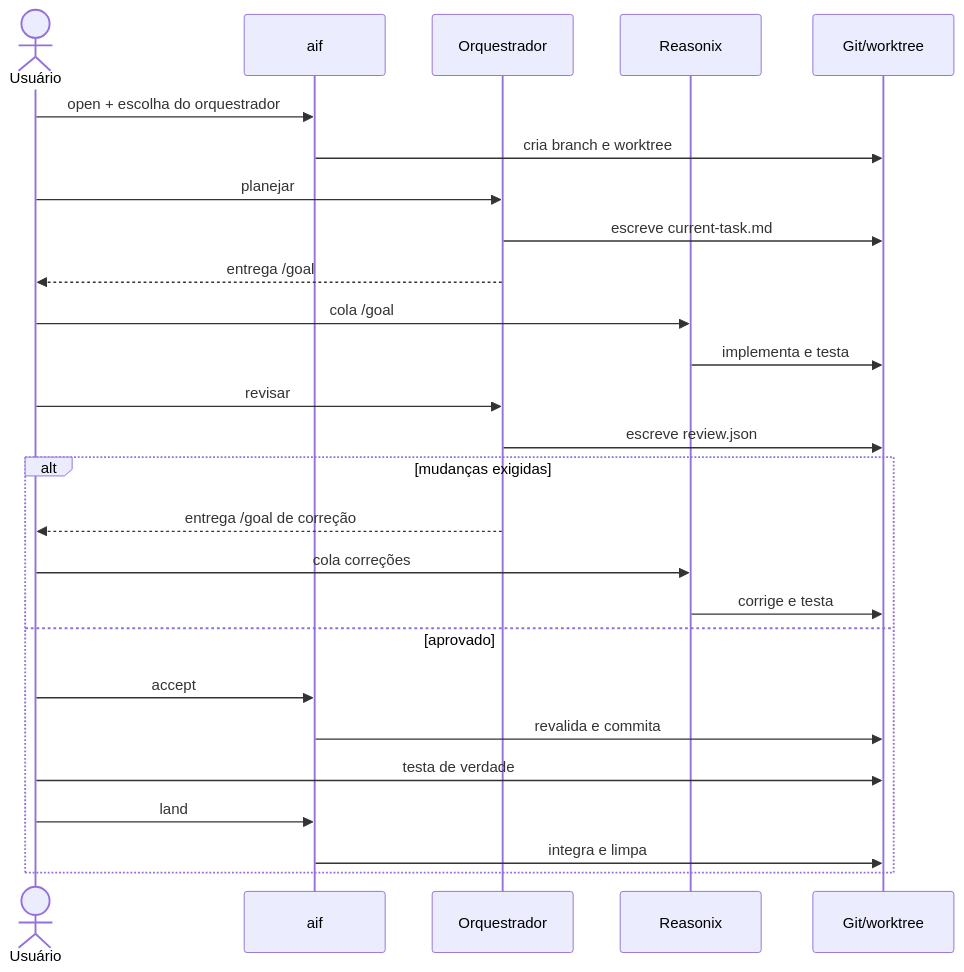
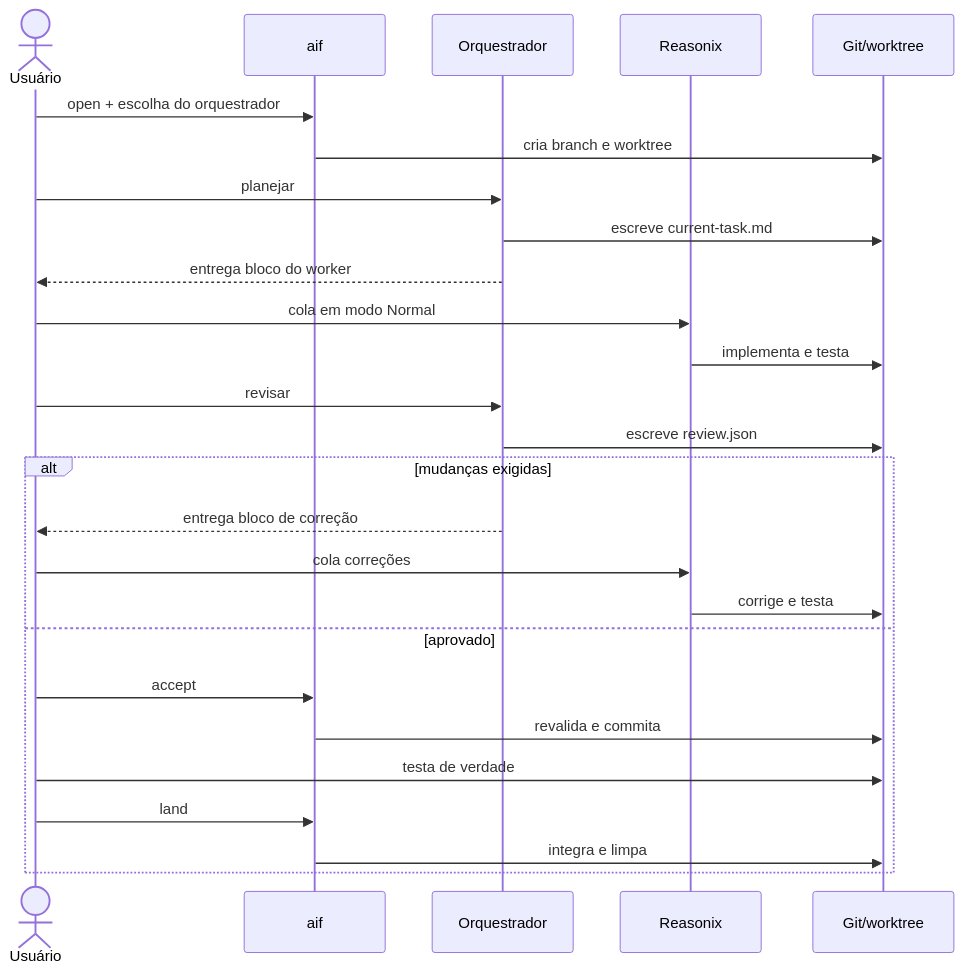
Before and after one commit to cbandeira/orquestracao-claude-reasonix: the diagram in ARQUITETURA.md, drawn with Mermaid. The commit also changed other lines of this file and 12 other files, not shown here.

First line of the commit message:
feat: rodar o worker em modo Normal e travar o Reasonix por deny

````diff
--- a/ARQUITETURA.md
+++ b/ARQUITETURA.md
@@ -96,29 +104,29 @@
 ```mermaid
 sequenceDiagram
     actor H as Usuário
     participant A as aif
     participant O as Orquestrador
     participant R as Reasonix
     participant G as Git/worktree
 
     H->>A: open + escolha do orquestrador
     A->>G: cria branch e worktree
     H->>O: planejar
     O->>G: escreve current-task.md
-    O-->>H: entrega /goal
-    H->>R: cola /goal
+    O-->>H: entrega bloco do worker
+    H->>R: cola em modo Normal
     R->>G: implementa e testa
     H->>O: revisar
     O->>G: escreve review.json
     alt mudanças exigidas
-        O-->>H: entrega /goal de correção
+        O-->>H: entrega bloco de correção
         H->>R: cola correções
         R->>G: corrige e testa
     else aprovado
         H->>A: accept
         A->>G: revalida e commita
         H->>G: testa de verdade
         H->>A: land
         A->>G: integra e limpa
     end
 ```
````
